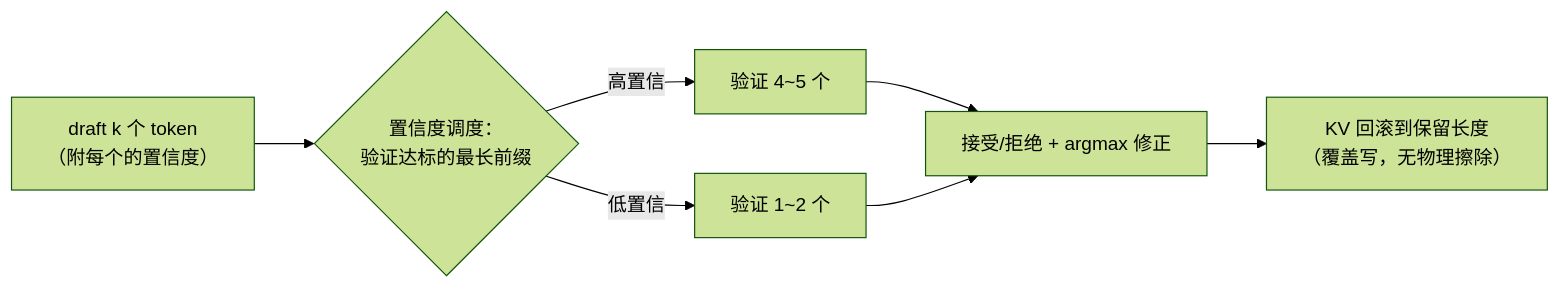
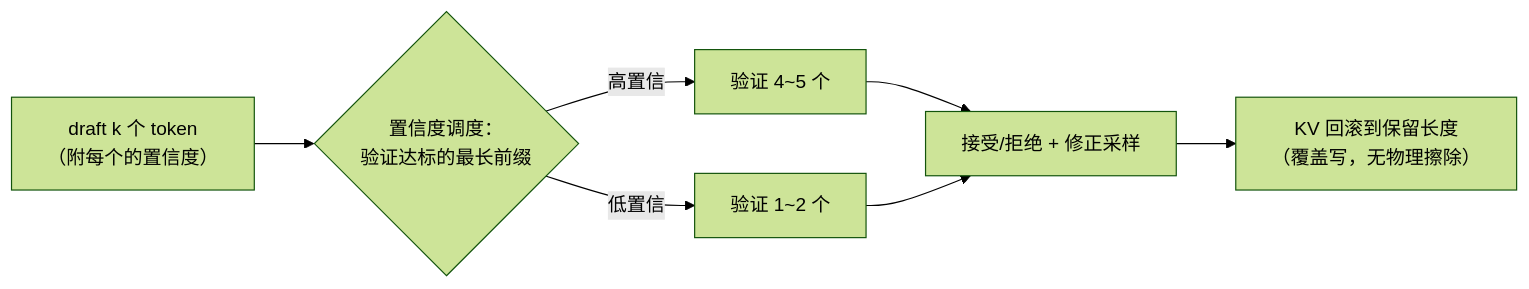
The diagram in docs/guide/08-speculative.md (wanglh39/deepinfer-lab), drawn with Mermaid (forest theme) before and after one commit. The commit also changed other lines of this file and 17 other files, not shown here.

````diff
--- a/docs/guide/08-speculative.md
+++ b/docs/guide/08-speculative.md
@@ -47,9 +44,9 @@
 ```mermaid
 flowchart LR
     D["draft k 个 token<br/>（附每个的置信度）"] --> V{"置信度调度：<br/>验证达标的最长前缀"}
     V -->|高置信| A["验证 4~5 个"]
     V -->|低置信| B["验证 1~2 个"]
-    A --> C["接受/拒绝 + argmax 修正"]
+    A --> C["接受/拒绝 + 修正采样"]
     B --> C
     C --> K["KV 回滚到保留长度<br/>（覆盖写，无物理擦除）"]
 ```
````
